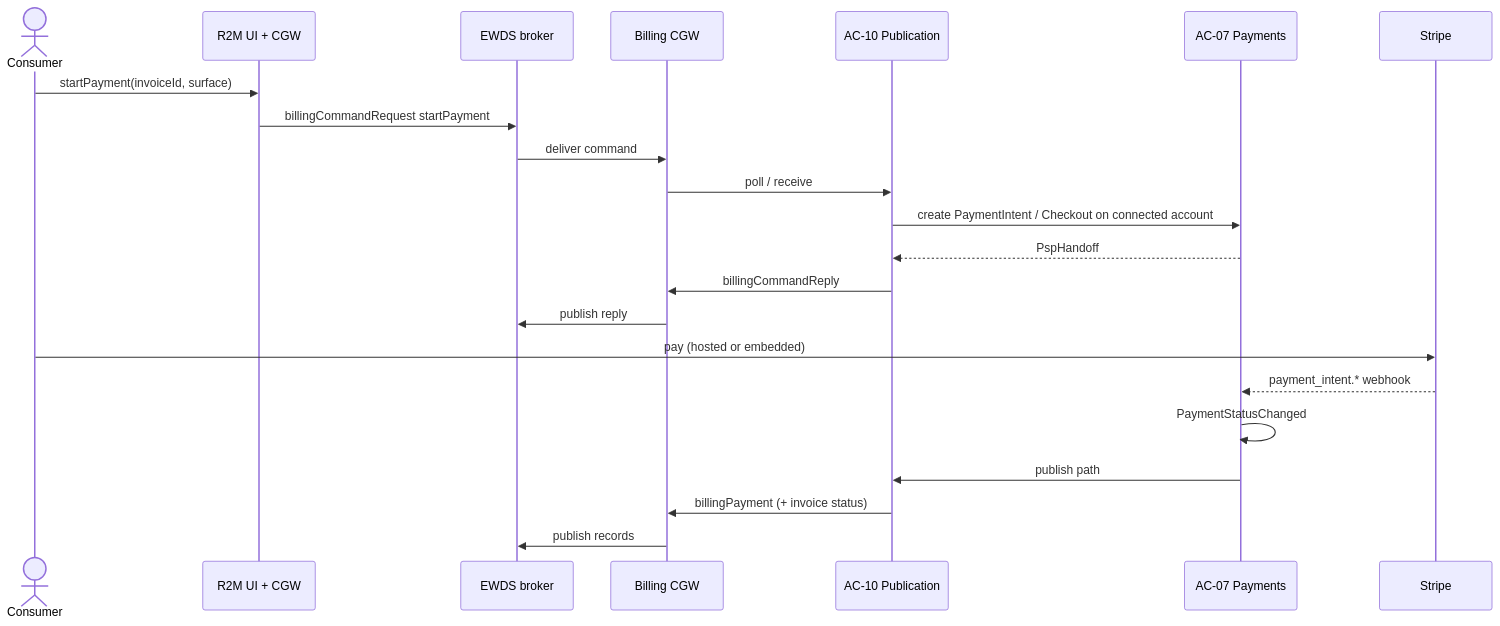
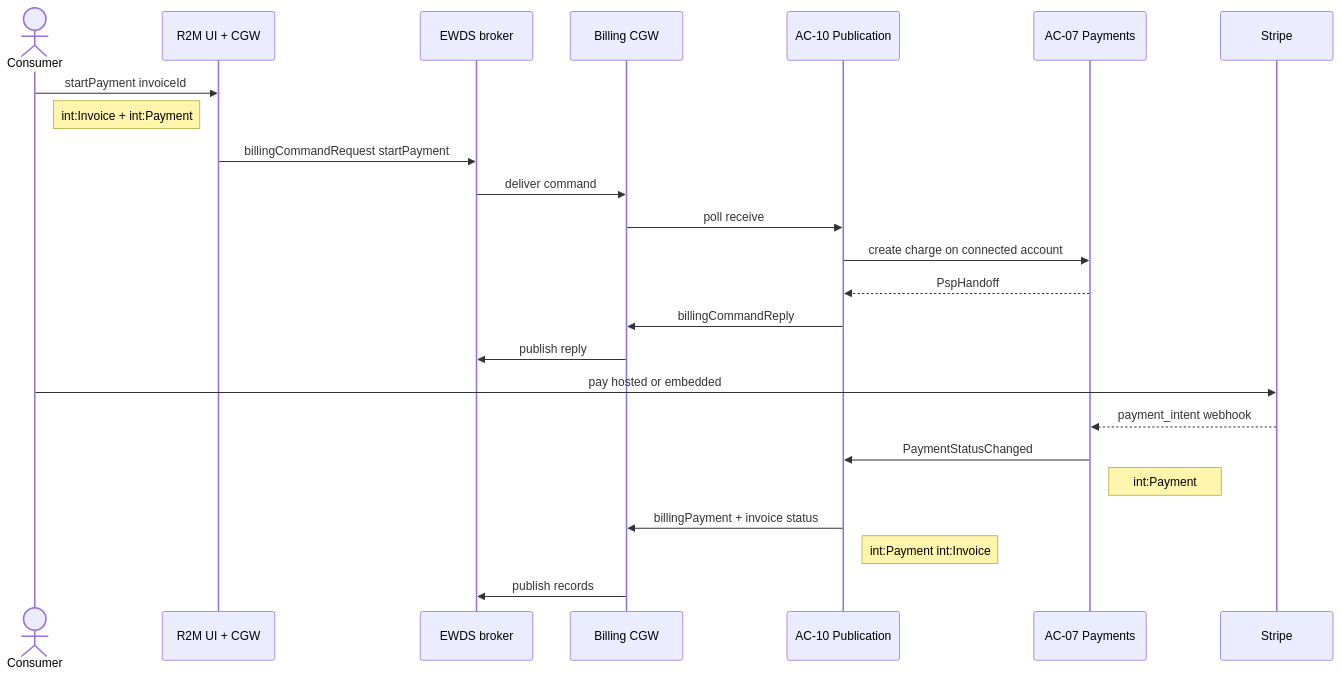
One commit to blooo-io/intelligent-eu-bps-source changed the eighth of 14 diagrams in docs/architecture/07-scenario-flows.md. Above: the diagram before and after it, drawn with Mermaid. The commit also changed other lines of this file, not shown here.

First line of the commit message:
docs(INT-451): ontology objects on scenario flow steps; fix S12 Mermaid (#225)

````diff
--- a/docs/architecture/07-scenario-flows.md
+++ b/docs/architecture/07-scenario-flows.md
@@ -221,24 +295,26 @@
 ```mermaid
 sequenceDiagram
   actor Cons as Consumer
   participant R2M as R2M UI + CGW
   participant EWDS as EWDS broker
   participant CGW as Billing CGW
   participant AC10 as AC-10 Publication
   participant AC07 as AC-07 Payments
   participant Stripe as Stripe
-  Cons->>R2M: startPayment(invoiceId, surface)
+  Cons->>R2M: startPayment invoiceId
+  Note right of Cons: int:Invoice + int:Payment
   R2M->>EWDS: billingCommandRequest startPayment
   EWDS->>CGW: deliver command
-  CGW->>AC10: poll / receive
-  AC10->>AC07: create PaymentIntent / Checkout on connected account
+  CGW->>AC10: poll receive
+  AC10->>AC07: create charge on connected account
   AC07-->>AC10: PspHandoff
   AC10->>CGW: billingCommandReply
   CGW->>EWDS: publish reply
-  Cons->>Stripe: pay (hosted or embedded)
-  Stripe-->>AC07: payment_intent.* webhook
-  AC07->>AC07: PaymentStatusChanged
-  AC07->>AC10: publish path
-  AC10->>CGW: billingPayment (+ invoice status)
+  Cons->>Stripe: pay hosted or embedded
+  Stripe-->>AC07: payment_intent webhook
+  AC07->>AC10: PaymentStatusChanged
+  Note right of AC07: int:Payment
+  AC10->>CGW: billingPayment + invoice status
+  Note right of AC10: int:Payment int:Invoice
   CGW->>EWDS: publish records
 ```
````
